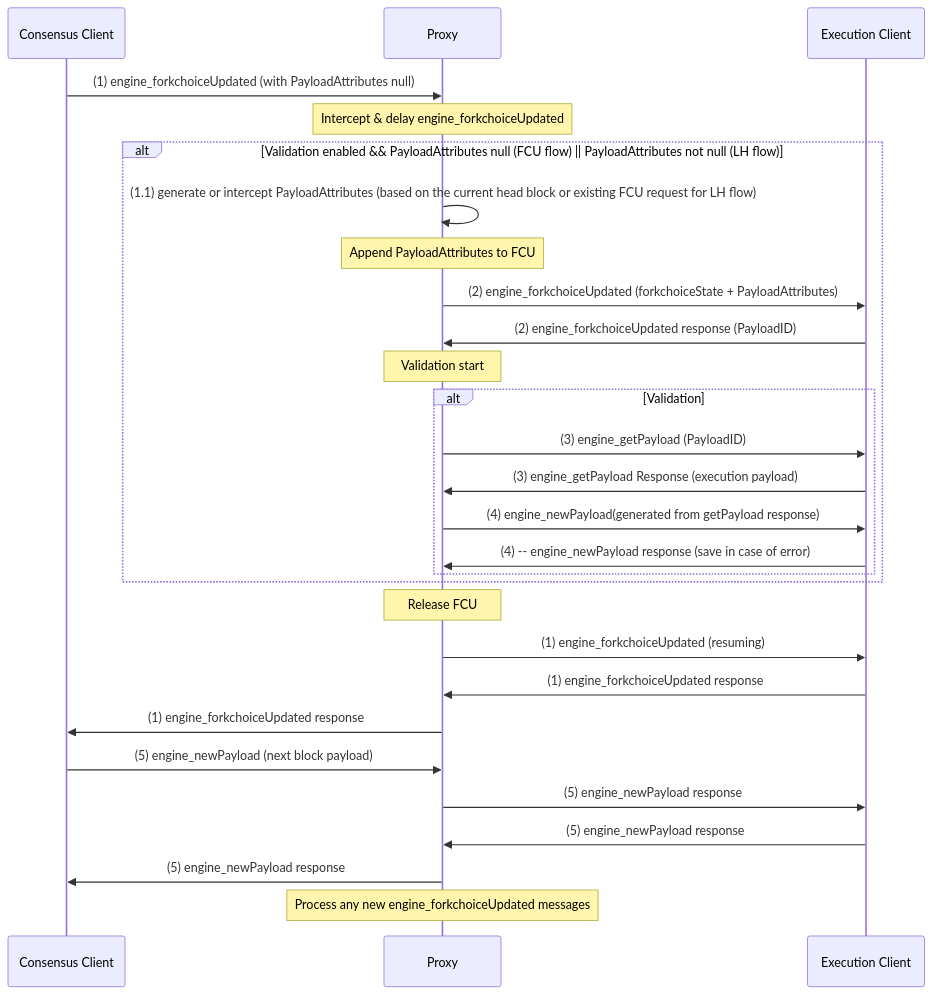
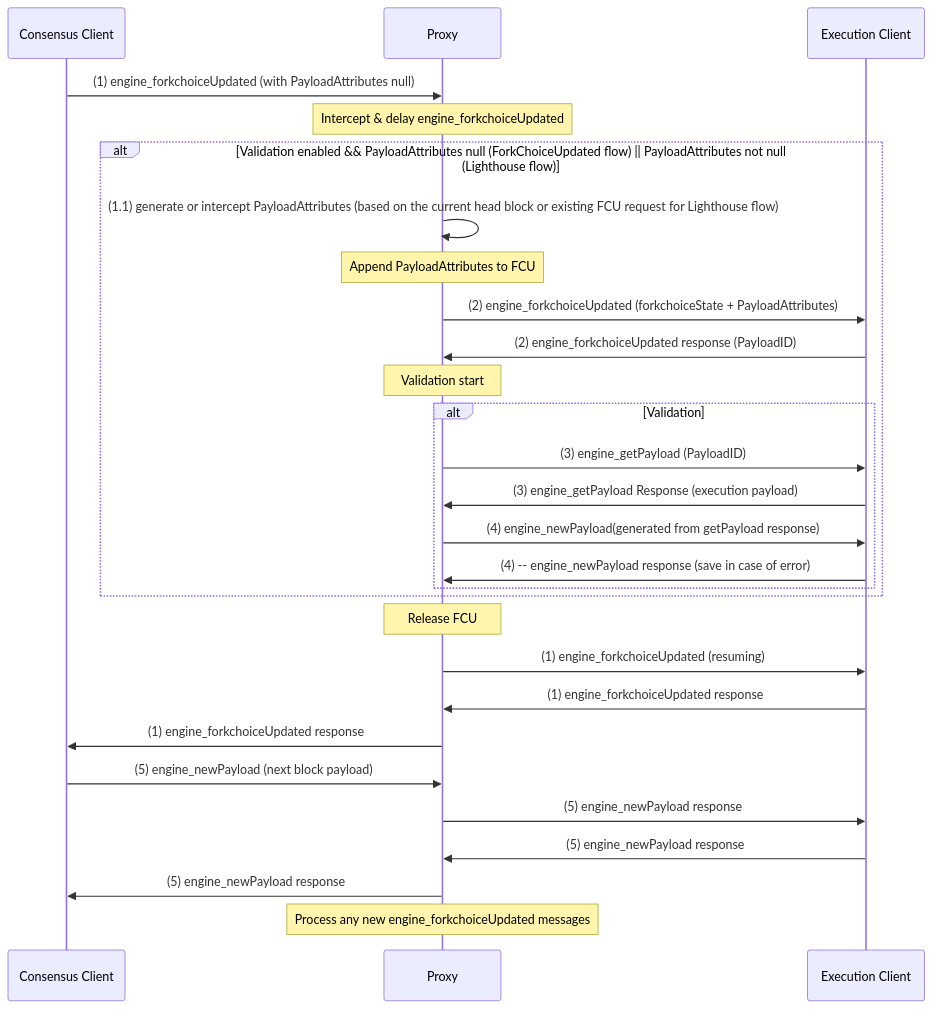
Before and after one commit to NethermindEth/nethermind: the second of 2 diagrams in tools/EngineApiProxy/README.md, drawn with Mermaid. The commit also changed other lines of this file and 11 other files, not shown here.

````diff
--- a/tools/EngineApiProxy/README.md
+++ b/tools/EngineApiProxy/README.md
@@ -222,48 +222,48 @@
 ```mermaid
 sequenceDiagram
     participant CL as Consensus Client
     participant P as Proxy
     participant EC as Execution Client
 
     %% Step 1: CL sends engine_forkchoiceUpdated
     CL->>P: (1) engine_forkchoiceUpdated (with PayloadAttributes null)
     Note over P: Intercept & delay engine_forkchoiceUpdated
     
     %% Step 1.1: based on request (1) PR generates PayloadAttributes
-    alt Validation enabled && PayloadAttributes null (FCU flow) || PayloadAttributes not null (LH flow)
-    
-    P->>P: (1.1) generate or intercept PayloadAttributes (based on the current head block or existing FCU request for LH flow)
+    alt Validation enabled && PayloadAttributes null (ForkChoiceUpdated flow) || PayloadAttributes not null (Lighthouse flow)
+
+    P->>P: (1.1) generate or intercept PayloadAttributes (based on the current head block or existing FCU request for Lighthouse flow)
     Note over P: Append PayloadAttributes to FCU
     
     %% Step 2: PR sends generated request (1.1) to EL
     P->>EC: (2) engine_forkchoiceUpdated (forkchoiceState + PayloadAttributes)
     EC->>P: (2) engine_forkchoiceUpdated response (PayloadID)
        
     %% Step 3: getting PayloadID from EL (2), sending engine_getPayload with it
     Note over P: Validation start
     alt Validation
     P->>EC: (3) engine_getPayload (PayloadID)
     EC->>P: (3) engine_getPayload Response (execution payload)
     
     %% Step 4: Sending engine_newPayload with generated (3) payload
     P->>EC: (4) engine_newPayload(generated from getPayload response)
     EC->>P: (4) -- engine_newPayload response (save in case of error)
     end
 
     end
     %% Step 5: Release blocked original FCU request (1)
     Note over P: Release FCU
     P->>EC: (1) engine_forkchoiceUpdated (resuming)
     EC->>P: (1) engine_forkchoiceUpdated response
     P->>CL: (1) engine_forkchoiceUpdated response 
     
     %% Step 6: Proceed a valid engine_newPayload (if any)
     CL->>P: (5) engine_newPayload (next block payload)
     P->>EC: (5) engine_newPayload response
     EC->>P: (5) engine_newPayload response
     P->>CL: (5) engine_newPayload response 
    
     Note over P: Process any new engine_forkchoiceUpdated messages
 
 
 ```
````
